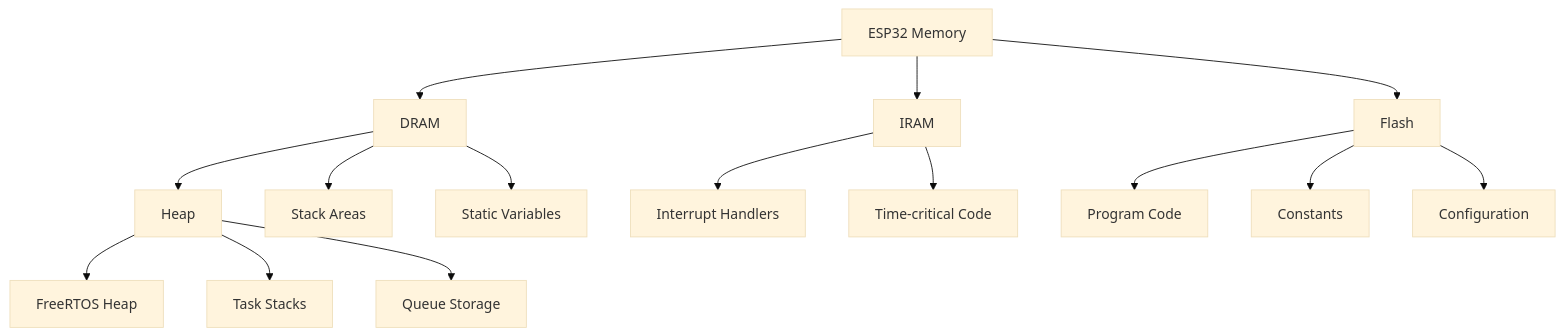
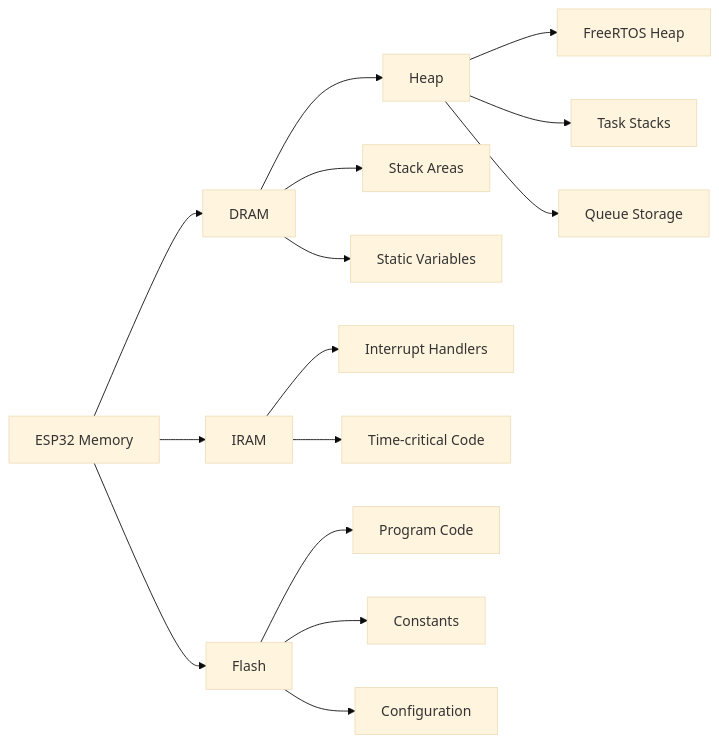
Before and after one commit to wasurat07/Week-12-FreeRTOS_Worksheets: the fourth of 4 diagrams in 01-freertos-overview.md, drawn with Mermaid (base theme). The commit also changed other lines of this file, not shown here.

Commit message:
Fix diagram orientation in FreeRTOS overview for clarity

````diff
--- a/01-freertos-overview.md
+++ b/01-freertos-overview.md
@@ -179,21 +179,21 @@
 ```mermaid
-graph TB
+graph LR
     A[ESP32 Memory] --> B[DRAM]
     A --> C[IRAM]
     A --> D[Flash]
     
     B --> B1[Heap]
     B --> B2[Stack Areas]
     B --> B3[Static Variables]
     
     B1 --> B1a[FreeRTOS Heap]
     B1 --> B1b[Task Stacks]
     B1 --> B1c[Queue Storage]
     
     C --> C1[Interrupt Handlers]
     C --> C2[Time-critical Code]
     
     D --> D1[Program Code]
     D --> D2[Constants]
     D --> D3[Configuration]
 ```
````
